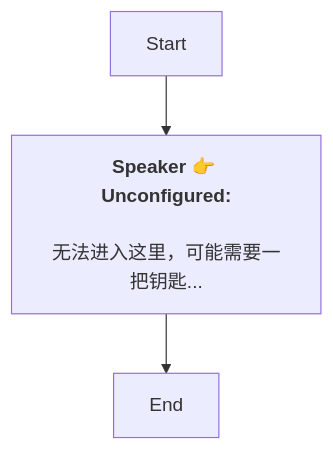
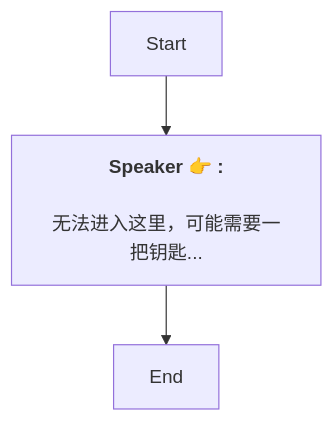
The diagram in Zh/RommCommon.md (SoftHu/tos_avg), drawn with Mermaid before and after one commit. The commit also changed 737 other files, not shown here.

````diff
--- a/Zh/RommCommon.md
+++ b/Zh/RommCommon.md
@@ -1,8 +1,7 @@
 ```mermaid
 graph
-Start -->1730832777017438[<b>Speaker 👉 Unconfigured:</b>
-
-无法进入这里，可能需要一把钥匙...]
+Start -->1730832777017438[<b>Speaker 👉 :</b>
+\n无法进入这里，可能需要一把钥匙...]
 1730832777017438 -->1730832796120159[End]
 
- ```
+```
````
